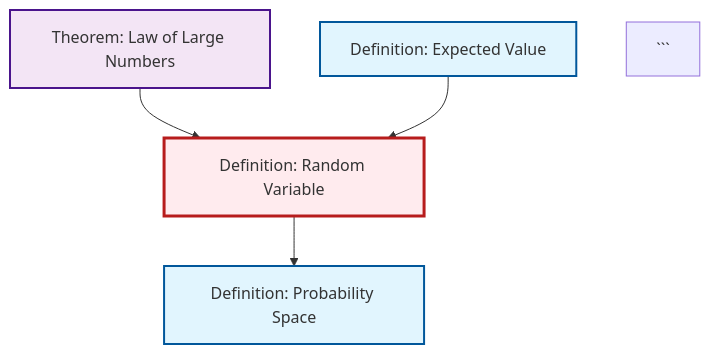
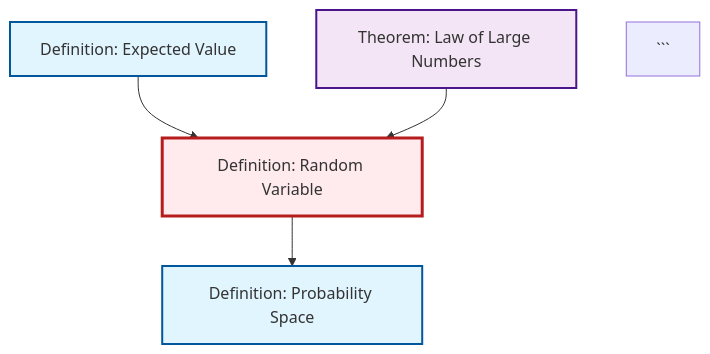
One commit to RK0429/ModernMath changed the diagram in output/mermaid/def-random-variable.mermaid. Above: the diagram before and after it, drawn with Mermaid. The commit also changed other lines of this file and 433 other files, not shown here.

````diff
--- a/output/mermaid/def-random-variable.mermaid
+++ b/output/mermaid/def-random-variable.mermaid
@@ -1,16 +1,16 @@
 %%| fig-cap: "Local dependency graph"
 graph TD
     classDef definition fill:#e1f5fe,stroke:#01579b,stroke-width:2px
     classDef theorem fill:#f3e5f5,stroke:#4a148c,stroke-width:2px
     classDef axiom fill:#fff3e0,stroke:#e65100,stroke-width:2px
     classDef example fill:#e8f5e9,stroke:#1b5e20,stroke-width:2px
     classDef current fill:#ffebee,stroke:#b71c1c,stroke-width:3px
+    def-probability-space["Definition: Probability Space"]:::definition
     def-random-variable["Definition: Random Variable"]:::definition
-    def-probability-space["Definition: Probability Space"]:::definition
     def-expectation["Definition: Expected Value"]:::definition
     thm-law-of-large-numbers["Theorem: Law of Large Numbers"]:::theorem
+    def-expectation --> def-random-variable
     thm-law-of-large-numbers --> def-random-variable
     def-random-variable --> def-probability-space
-    def-expectation --> def-random-variable
     class def-random-variable current
 ```
````
